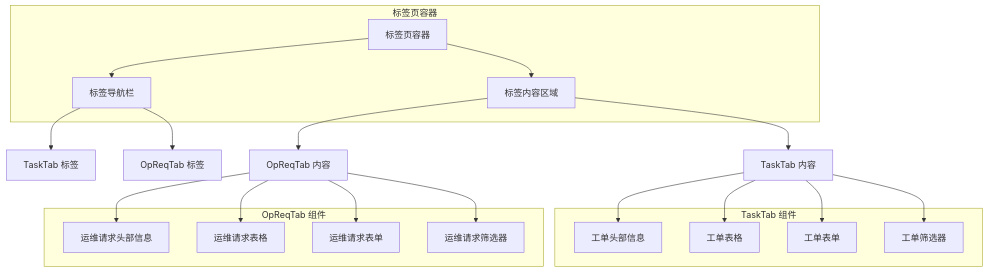
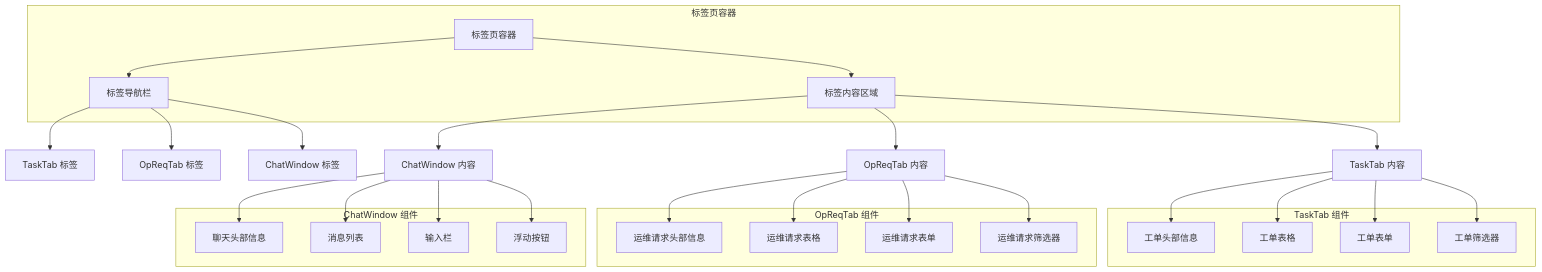
Before and after one commit to xiaoche80s-tech/rouyi-vue-pro: diagram 12 of 16 in .qoder/repowiki/zh/content/核心模块/客户服务模块.md, drawn with Mermaid. The commit also changed other lines of this file and 598 other files, not shown here.

````diff
--- a/.qoder/repowiki/zh/content/核心模块/客户服务模块.md
+++ b/.qoder/repowiki/zh/content/核心模块/客户服务模块.md
@@ -314,34 +650,46 @@
 ```mermaid
 graph TB
 subgraph "标签页容器"
 TAB_CONTAINER[标签页容器]
 TAB_NAV[标签导航栏]
 TAB_CONTENT[标签内容区域]
 end
 subgraph "TaskTab 组件"
 TASK_HEADER[工单头部信息]
 TASK_TABLE[工单表格]
 TASK_FORM[工单表单]
 TASK_FILTER[工单筛选器]
 end
 subgraph "OpReqTab 组件"
 OPREQ_HEADER[运维请求头部信息]
 OPREQ_TABLE[运维请求表格]
 OPREQ_FORM[运维请求表单]
 OPREQ_FILTER[运维请求筛选器]
 end
+subgraph "ChatWindow 组件"
+CHAT_HEADER[聊天头部信息]
+CHAT_MESSAGE_LIST[消息列表]
+CHAT_INPUT_BAR[输入栏]
+CHAT_FLOATING_BUTTON[浮动按钮]
+end
 TAB_CONTAINER --> TAB_NAV
 TAB_CONTAINER --> TAB_CONTENT
 TAB_NAV --> TASK_TAB[TaskTab 标签]
 TAB_NAV --> OPREQ_TAB[OpReqTab 标签]
+TAB_NAV --> CHAT_TAB[ChatWindow 标签]
 TAB_CONTENT --> TASK_CONTENT[TaskTab 内容]
 TAB_CONTENT --> OPREQ_CONTENT[OpReqTab 内容]
+TAB_CONTENT --> CHAT_CONTENT[ChatWindow 内容]
 TASK_CONTENT --> TASK_HEADER
 TASK_CONTENT --> TASK_TABLE
 TASK_CONTENT --> TASK_FORM
 TASK_CONTENT --> TASK_FILTER
 OPREQ_CONTENT --> OPREQ_HEADER
 OPREQ_CONTENT --> OPREQ_TABLE
 OPREQ_CONTENT --> OPREQ_FORM
 OPREQ_CONTENT --> OPREQ_FILTER
+CHAT_CONTENT --> CHAT_HEADER
+CHAT_CONTENT --> CHAT_MESSAGE_LIST
+CHAT_CONTENT --> CHAT_INPUT_BAR
+CHAT_CONTENT --> CHAT_FLOATING_BUTTON
 ```
````
